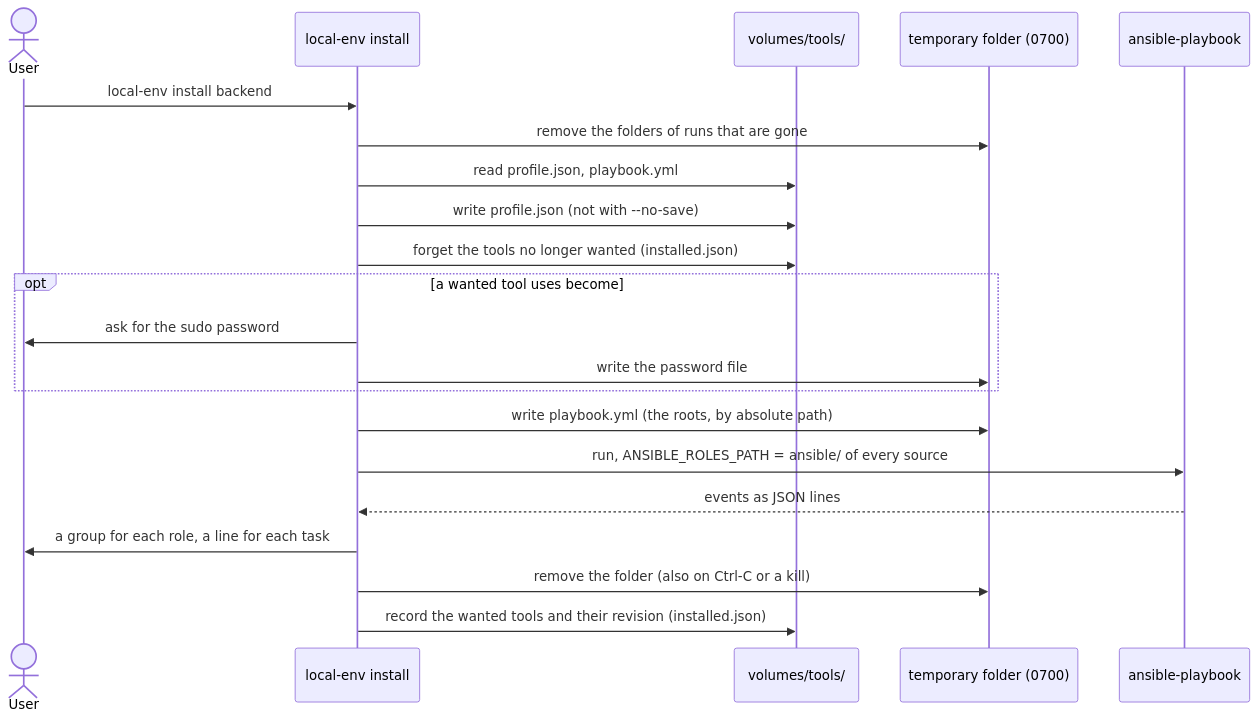
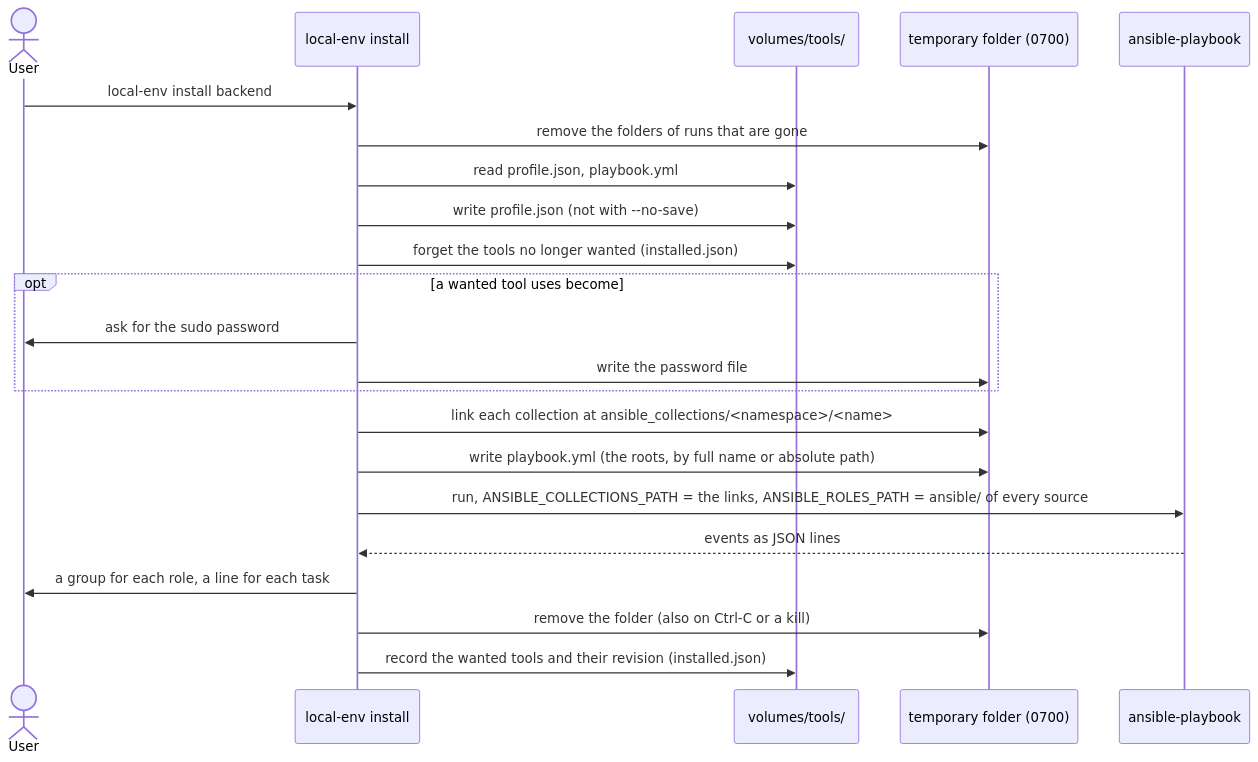
The third of 4 diagrams in docs/features/tools-and-profiles.md (cgaube/local-env), drawn with Mermaid before and after one commit. The commit also changed other lines of this file and 28 other files, not shown here.

First line of the commit message:
add ansible collections as tool sources

````diff
--- a/docs/features/tools-and-profiles.md
+++ b/docs/features/tools-and-profiles.md
@@ -122,24 +138,25 @@
 ```mermaid
 sequenceDiagram
   actor user as User
   participant cli as local-env install
   participant files as volumes/tools/
   participant tmp as temporary folder (0700)
   participant ansible as ansible-playbook
 
   user->>cli: local-env install backend
   cli->>tmp: remove the folders of runs that are gone
   cli->>files: read profile.json, playbook.yml
   cli->>files: write profile.json (not with --no-save)
   cli->>files: forget the tools no longer wanted (installed.json)
   opt a wanted tool uses become
     cli->>user: ask for the sudo password
     cli->>tmp: write the password file
   end
-  cli->>tmp: write playbook.yml (the roots, by absolute path)
-  cli->>ansible: run, ANSIBLE_ROLES_PATH = ansible/ of every source
+  cli->>tmp: link each collection at ansible_collections/#lt;namespace#gt;/#lt;name#gt;
+  cli->>tmp: write playbook.yml (the roots, by full name or absolute path)
+  cli->>ansible: run, ANSIBLE_COLLECTIONS_PATH = the links, ANSIBLE_ROLES_PATH = ansible/ of every source
   ansible-->>cli: events as JSON lines
   cli->>user: a group for each role, a line for each task
   cli->>tmp: remove the folder (also on Ctrl-C or a kill)
   cli->>files: record the wanted tools and their revision (installed.json)
 ```
````
